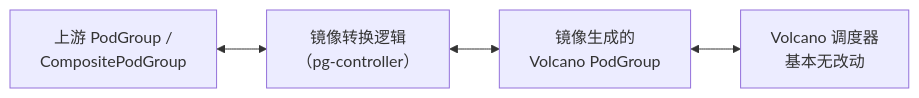
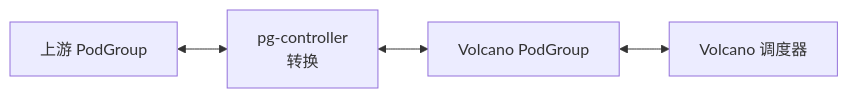
Diagram 12 of 13 in docs/research/k8s-workload-aware-scheduling-vs-volcano-cn.md (JesseStutler/volcano), drawn with Mermaid before and after one commit. The commit also changed other lines of this file and 1 other file, not shown here.

First line of the commit message:
docs: rewrite the upstream PodGroup comparison for readability

````diff
--- a/docs/research/k8s-workload-aware-scheduling-vs-volcano-cn.md
+++ b/docs/research/k8s-workload-aware-scheduling-vs-volcano-cn.md
@@ -554,11 +529,10 @@
 ```mermaid
 flowchart LR
-    UA["上游 PodGroup /<br/>CompositePodGroup"]
-    MC["镜像转换逻辑<br/>（pg-controller）"]
-    VA["镜像生成的<br/>Volcano PodGroup"]
-    SA["Volcano 调度器<br/>基本无改动"]
-
+    UA["上游 PodGroup"]
+    MC["pg-controller<br/>转换"]
+    VA["Volcano PodGroup"]
+    SA["Volcano 调度器"]
     UA <--> MC
     MC <--> VA
     VA <--> SA
 ```
````
